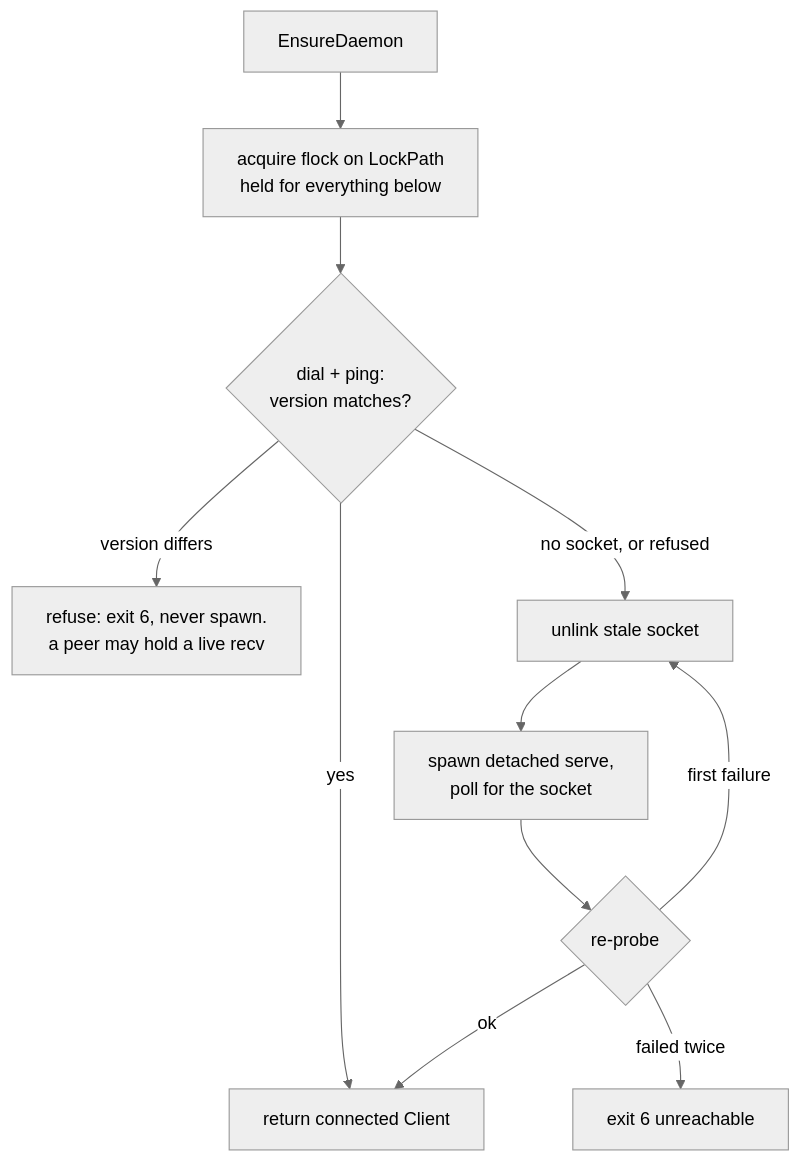
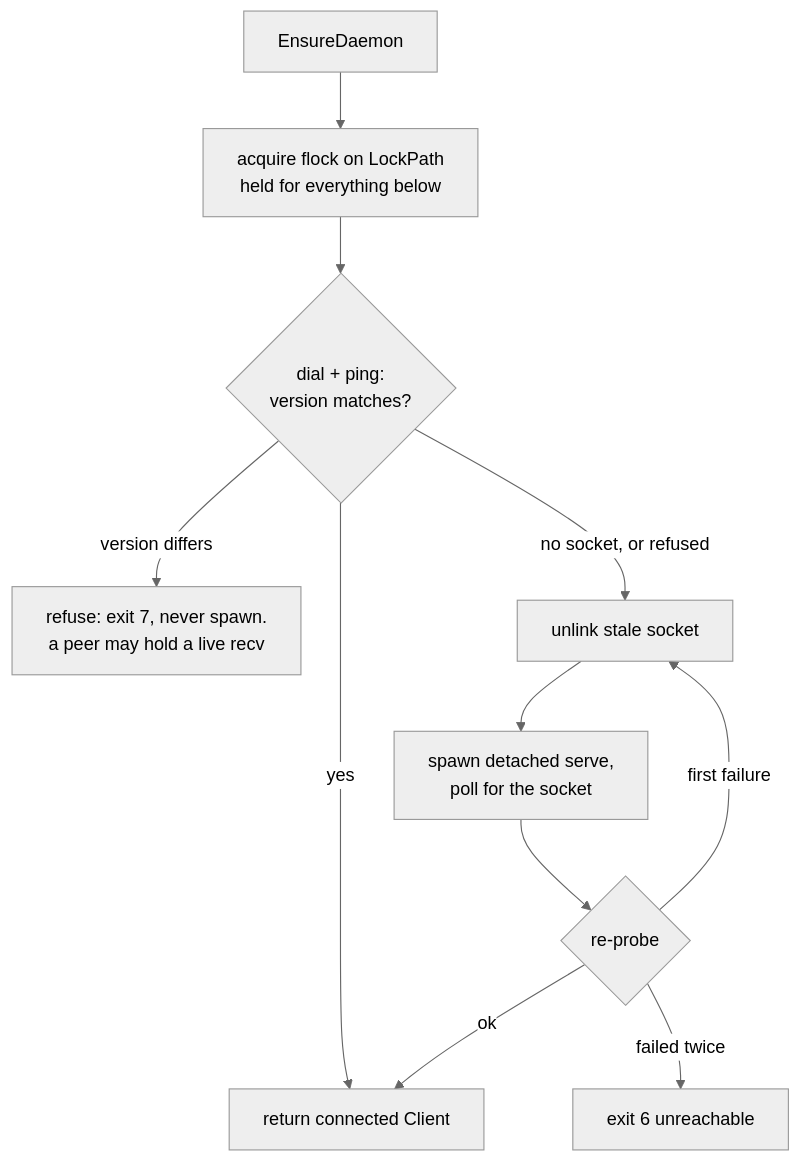
One commit to damusix/atomic-claude changed the fourth of 4 diagrams in docs/wiki/bus.md. Above: the diagram before and after it, drawn with Mermaid (neutral theme). The commit also changed other lines of this file and 795 other files, not shown here.

````diff
--- a/docs/wiki/bus.md
+++ b/docs/wiki/bus.md
@@ -135,13 +88,13 @@
 ```mermaid
 flowchart TD
     S["EnsureDaemon"] --> L["acquire flock on LockPath<br/>held for everything below"]
     L --> P{"dial + ping:<br/>version matches?"}
     P -->|yes| OK["return connected Client"]
-    P -->|"version differs"| SK["refuse: exit 6, never spawn.<br/>a peer may hold a live recv"]
+    P -->|"version differs"| SK["refuse: exit 7, never spawn.<br/>a peer may hold a live recv"]
     P -->|"no socket, or refused"| U["unlink stale socket"]
     U --> SP["spawn detached serve,<br/>poll for the socket"]
     SP --> P2{"re-probe"}
     P2 -->|ok| OK
     P2 -->|"failed twice"| UN["exit 6 unreachable"]
     P2 -->|"first failure"| U
 ```
````
